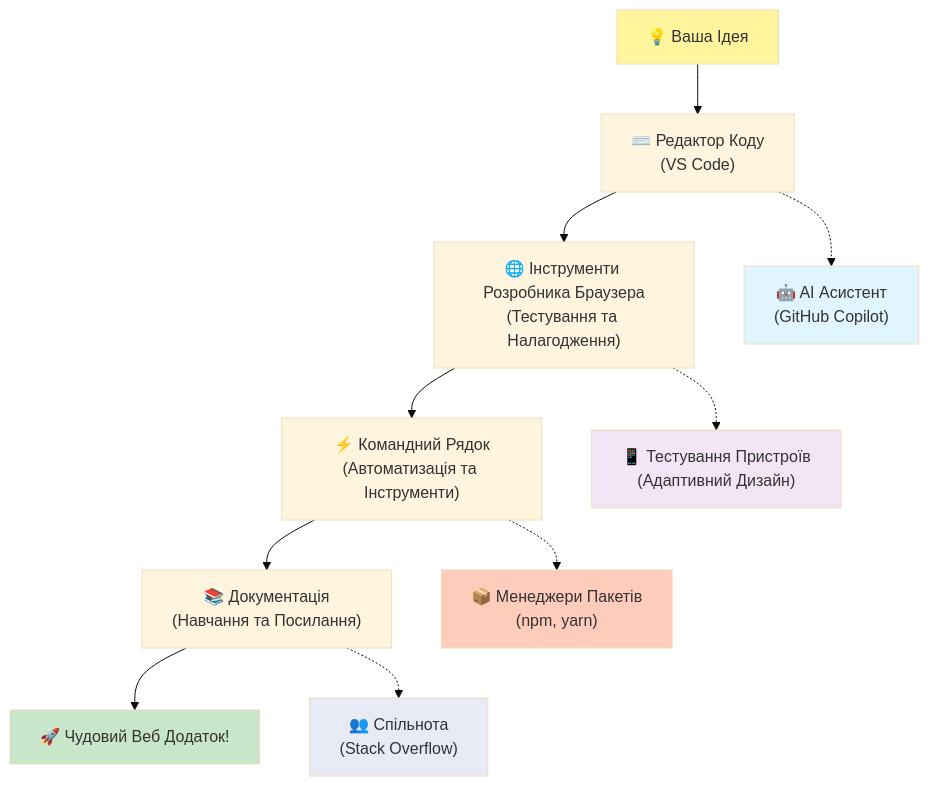
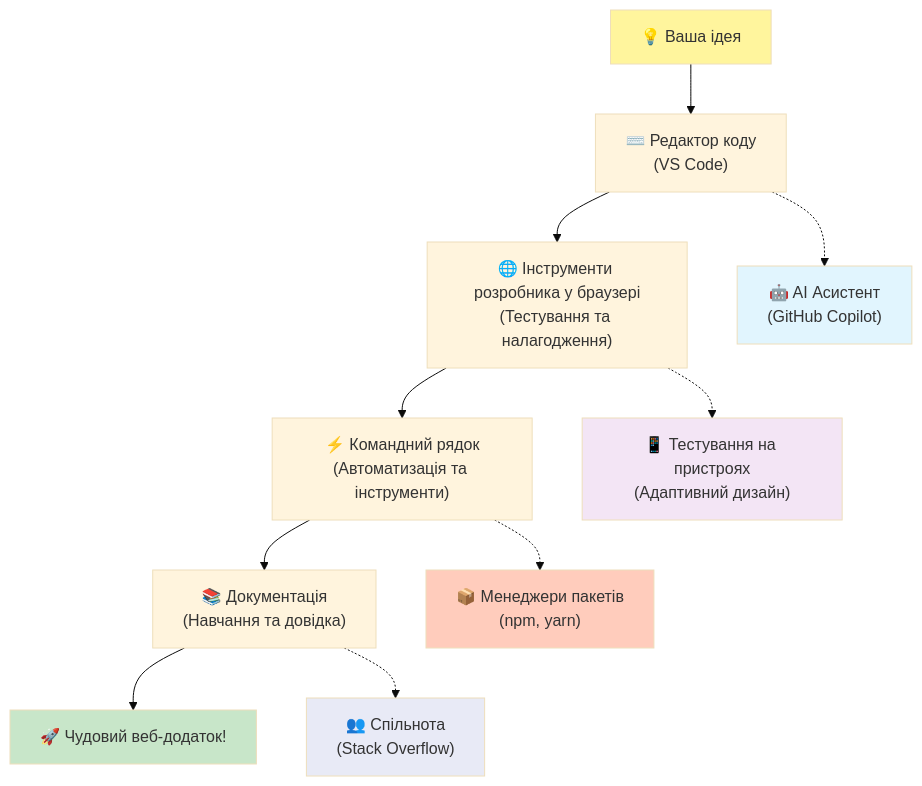
One commit to microsoft/Web-Dev-For-Beginners changed the fifth of 7 diagrams in translations/uk/1-getting-started-lessons/1-intro-to-programming-languages/README.md. Above: the diagram before and after it, drawn with Mermaid (base theme). The commit also changed other lines of this file and 8 other files, not shown here.

````diff
--- a/translations/uk/1-getting-started-lessons/1-intro-to-programming-languages/README.md
+++ b/translations/uk/1-getting-started-lessons/1-intro-to-programming-languages/README.md
@@ -488,20 +488,20 @@
 ```mermaid
 graph TD
-    A["💡 Ваша Ідея"] --> B["⌨️ Редактор Коду<br/>(VS Code)"] 
-    B --> C["🌐 Інструменти Розробника Браузера<br/>(Тестування та Налагодження)"]
-    C --> D["⚡ Командний Рядок<br/>(Автоматизація та Інструменти)"]
-    D --> E["📚 Документація<br/>(Навчання та Посилання)"]
-    E --> F["🚀 Чудовий Веб Додаток!"]
+    A["💡 Ваша ідея"] --> B["⌨️ Редактор коду<br/>(VS Code)"] 
+    B --> C["🌐 Інструменти розробника у браузері<br/>(Тестування та налагодження)"]
+    C --> D["⚡ Командний рядок<br/>(Автоматизація та інструменти)"]
+    D --> E["📚 Документація<br/>(Навчання та довідка)"]
+    E --> F["🚀 Чудовий веб-додаток!"]
     
     B -.-> G["🤖 AI Асистент<br/>(GitHub Copilot)"]
-    C -.-> H["📱 Тестування Пристроїв<br/>(Адаптивний Дизайн)"]
-    D -.-> I["📦 Менеджери Пакетів<br/>(npm, yarn)"]
+    C -.-> H["📱 Тестування на пристроях<br/>(Адаптивний дизайн)"]
+    D -.-> I["📦 Менеджери пакетів<br/>(npm, yarn)"]
     E -.-> J["👥 Спільнота<br/>(Stack Overflow)"]
     
     style A fill:#fff59d
     style F fill:#c8e6c9
     style G fill:#e1f5fe
     style H fill:#f3e5f5
     style I fill:#ffccbc
     style J fill:#e8eaf6
 ```
````
